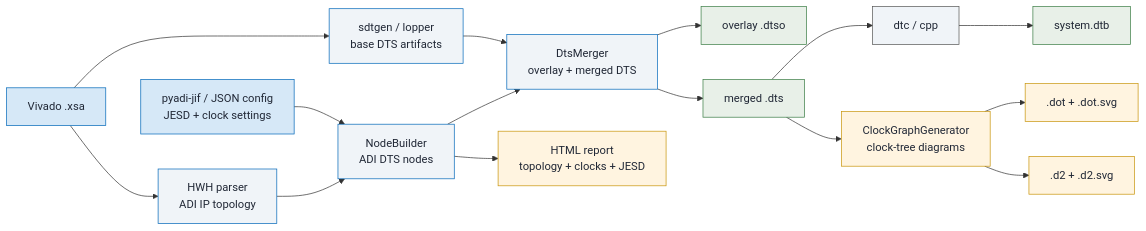
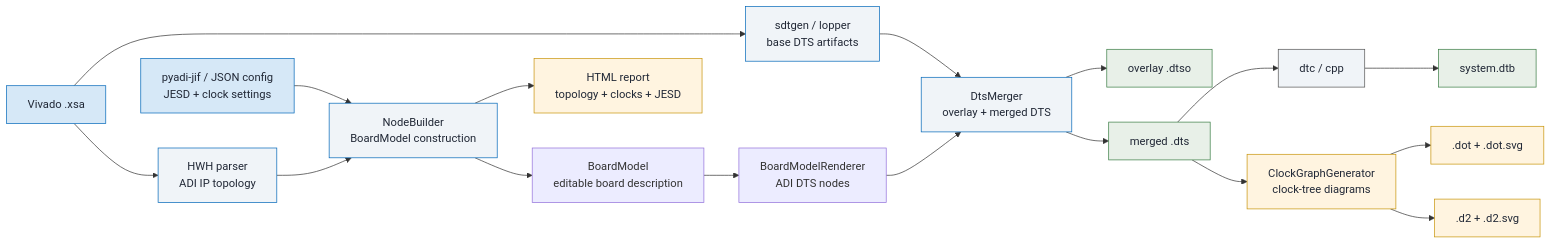
One commit to analogdevicesinc/pyadi-dt changed the first of 3 diagrams in doc/source/xsa.rst. Above: the diagram before and after it, drawn with Mermaid. The commit also changed other lines of this file and 5 other files, not shown here.

First line of the commit message:
docs: expand BoardModel documentation and add usage guide

```diff
--- a/doc/source/xsa.rst
+++ b/doc/source/xsa.rst
@@ -32,32 +34,34 @@
 .. mermaid::
 
    flowchart LR
        XSA["Vivado .xsa"] --> SDT["sdtgen / lopper<br/>base DTS artifacts"]
        XSA --> HWH["HWH parser<br/>ADI IP topology"]
-       CFG["pyadi-jif / JSON config<br/>JESD + clock settings"] --> NB["NodeBuilder<br/>ADI DTS nodes"]
+       CFG["pyadi-jif / JSON config<br/>JESD + clock settings"] --> NB["NodeBuilder<br/>BoardModel construction"]
        HWH --> NB
+       NB --> BM["BoardModel<br/>editable board description"]
+       BM --> RN["BoardModelRenderer<br/>ADI DTS nodes"]
        SDT --> MG["DtsMerger<br/>overlay + merged DTS"]
-       NB --> MG
+       RN --> MG
        MG --> DTBO["overlay .dtso"]
        MG --> DTS["merged .dts"]
        DTS --> DTC["dtc / cpp"]
        DTC --> DTB["system.dtb"]
        NB --> REP["HTML report<br/>topology + clocks + JESD"]
        DTS --> CG["ClockGraphGenerator<br/>clock-tree diagrams"]
        CG --> DOTF[".dot + .dot.svg"]
        CG --> D2F[".d2 + .d2.svg"]
 
        style XSA fill:#d6e8f7,stroke:#0067b9,color:#212836
        style CFG fill:#d6e8f7,stroke:#0067b9,color:#212836
        style SDT fill:#f0f4f8,stroke:#0067b9,color:#212836
        style HWH fill:#f0f4f8,stroke:#0067b9,color:#212836
        style NB fill:#f0f4f8,stroke:#0067b9,color:#212836
        style MG fill:#f0f4f8,stroke:#0067b9,color:#212836
        style DTC fill:#f0f4f8,stroke:#555,color:#212836
        style DTBO fill:#e8f0e8,stroke:#3a7d44,color:#212836
        style DTS fill:#e8f0e8,stroke:#3a7d44,color:#212836
        style DTB fill:#e8f0e8,stroke:#3a7d44,color:#212836
        style REP fill:#fff4e0,stroke:#c8940a,color:#212836
        style CG fill:#fff4e0,stroke:#c8940a,color:#212836
        style DOTF fill:#fff4e0,stroke:#c8940a,color:#212836
        style D2F fill:#fff4e0,stroke:#c8940a,color:#212836
```
